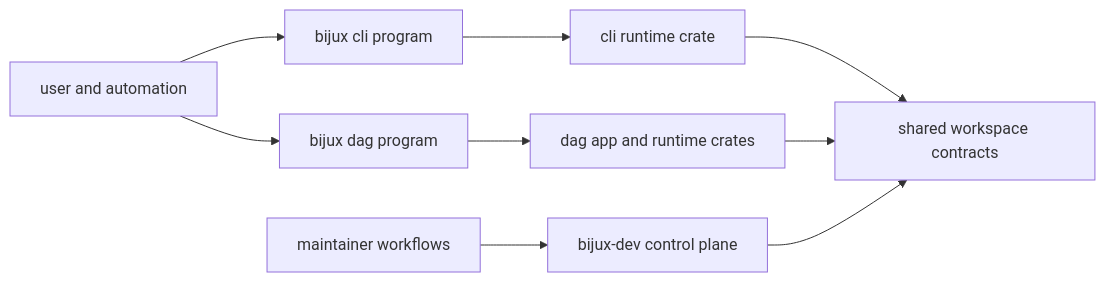
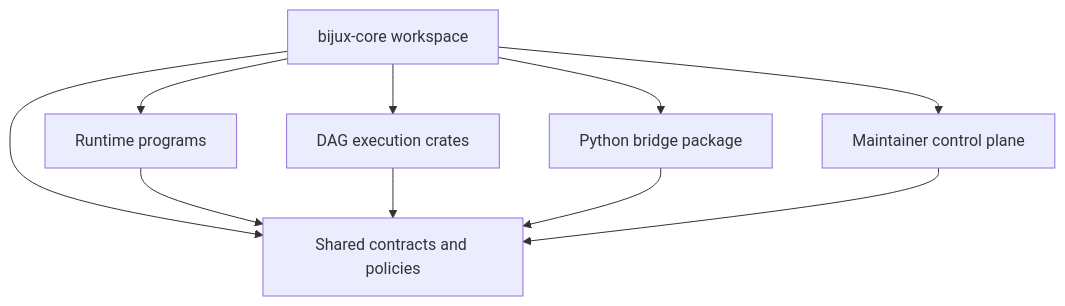
The diagram in docs/bijux-core/architecture/system-overview.md (bijux/bijux-cli), drawn with Mermaid before and after one commit.

Commit message:
docs(bijux-core): align system overview diagram with workspace decomposition

````diff
--- a/docs/bijux-core/architecture/system-overview.md
+++ b/docs/bijux-core/architecture/system-overview.md
@@ -17,11 +17,14 @@
 ```mermaid
-flowchart LR
-    user[user and automation] --> cli[bijux cli program]
-    user --> dag[bijux dag program]
-    cli --> runtime[cli runtime crate]
-    dag --> dag_app[dag app and runtime crates]
-    runtime --> shared[shared workspace contracts]
-    dag_app --> shared
-    maintainer[maintainer workflows] --> dev[bijux-dev control plane]
-    dev --> shared
+flowchart TB
+    Root[bijux-core workspace]
+    Root --> Programs[Runtime programs]
+    Root --> DAG[DAG execution crates]
+    Root --> Python[Python bridge package]
+    Root --> Maintain[Maintainer control plane]
+    Root --> Shared[Shared contracts and policies]
+
+    Programs --> Shared
+    DAG --> Shared
+    Python --> Shared
+    Maintain --> Shared
 ```
````
